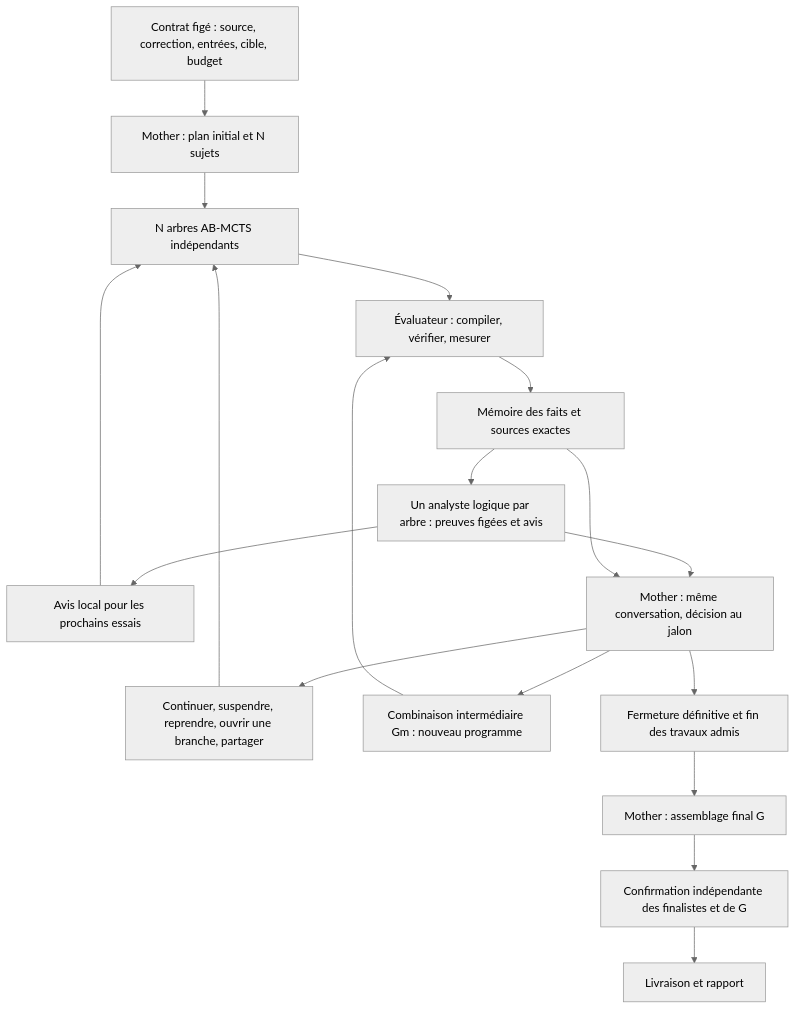
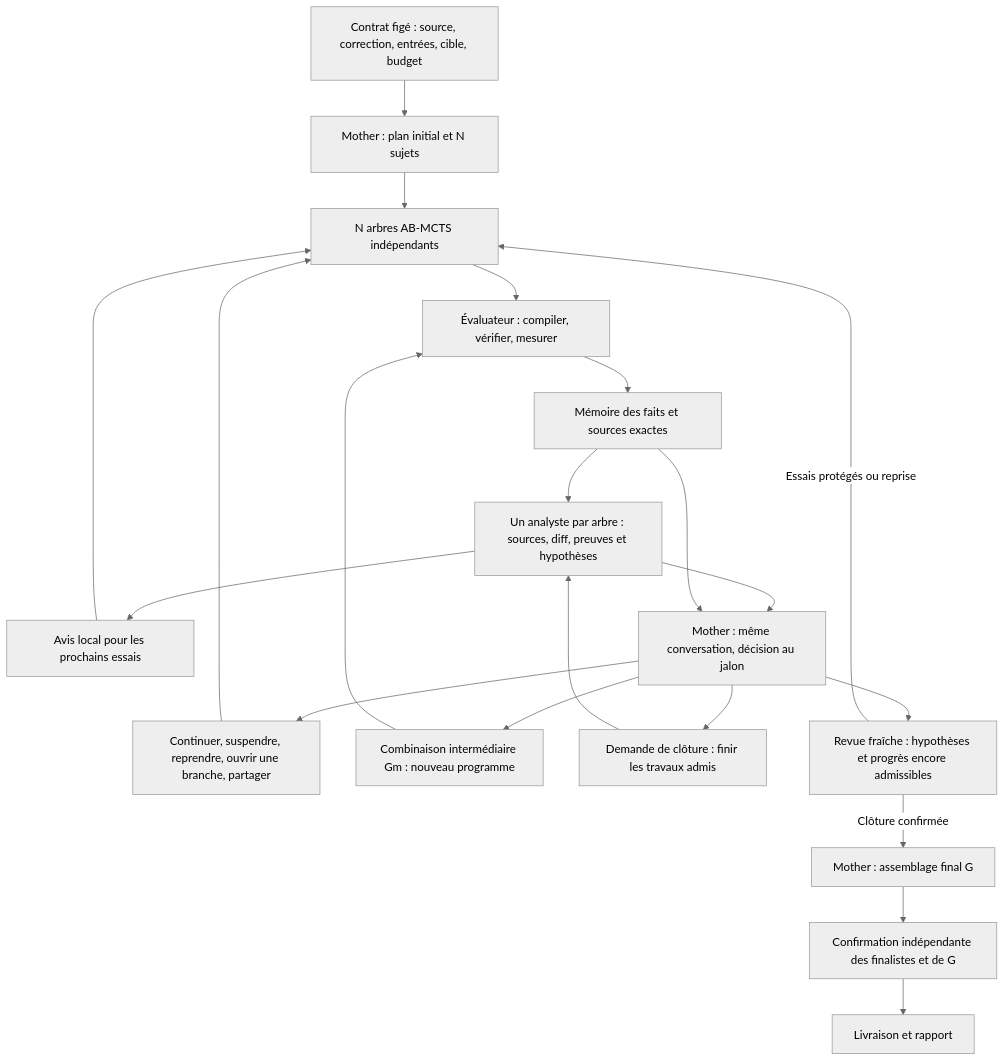
One commit to Gotman08/hpc-forest-r1 changed the diagram in docs/ARCHITECTURE-ACTIVE.md. Above: the diagram before and after it, drawn with Mermaid (neutral theme). The commit also changed other lines of this file and 517 other files, not shown here.

````diff
--- a/docs/ARCHITECTURE-ACTIVE.md
+++ b/docs/ARCHITECTURE-ACTIVE.md
@@ -7,20 +7,23 @@
 ```mermaid
 flowchart TD
     C[Contrat figé : source, correction, entrées, cible, budget] --> M[Mother : plan initial et N sujets]
     M --> T[N arbres AB-MCTS indépendants]
     T --> E[Évaluateur : compiler, vérifier, mesurer]
     E --> F[Mémoire des faits et sources exactes]
-    F --> A[Un analyste logique par arbre : preuves figées et avis]
+    F --> A[Un analyste par arbre : sources, diff, preuves et hypothèses]
     A --> L[Avis local pour les prochains essais]
     L --> T
     A --> J[Mother : même conversation, décision au jalon]
     F --> J
     J --> R[Continuer, suspendre, reprendre, ouvrir une branche, partager]
     R --> T
     J --> I[Combinaison intermédiaire Gm : nouveau programme]
     I --> E
-    J --> X[Fermeture définitive et fin des travaux admis]
-    X --> G[Mother : assemblage final G]
+    J --> X[Demande de clôture : finir les travaux admis]
+    X --> A
+    J --> Q[Revue fraîche : hypothèses et progrès encore admissibles]
+    Q -->|Essais protégés ou reprise| T
+    Q -->|Clôture confirmée| G[Mother : assemblage final G]
     G --> V[Confirmation indépendante des finalistes et de G]
     V --> D[Livraison et rapport]
 ```
````
